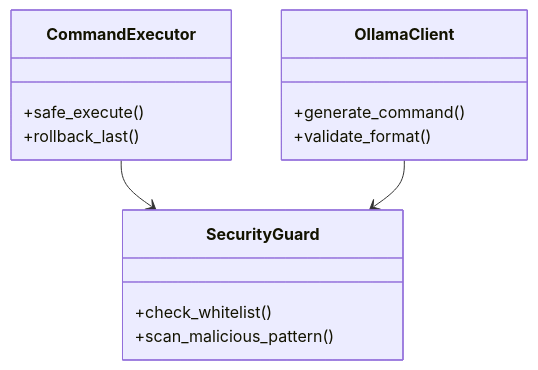
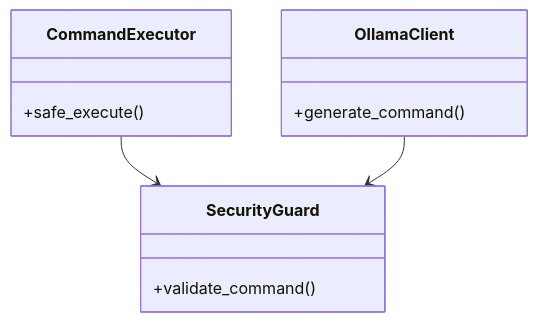
The second of 2 diagrams in README.md (GSCL6527/AI-Open), drawn with Mermaid before and after one commit. The commit also changed other lines of this file, not shown here.

````diff
--- a/README.md
+++ b/README.md
@@ -69,17 +66,14 @@
 ```mermaid
 classDiagram
     class CommandExecutor{
         +safe_execute()
-        +rollback_last()
     }
     class OllamaClient{
         +generate_command()
-        +validate_format()
     }
     class SecurityGuard{
-        +check_whitelist()
-        +scan_malicious_pattern()
+        +validate_command()
     }
     CommandExecutor --> SecurityGuard
     OllamaClient --> SecurityGuard
 ```
````
